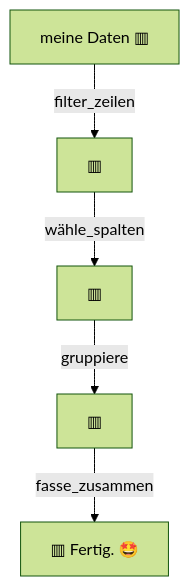
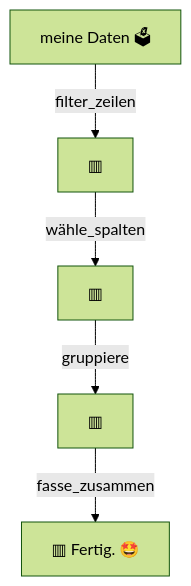
Before and after one commit to sebastiansauer/statistik1: the second of 2 diagrams in aufbereiten.qmd, drawn with Mermaid (forest theme). The commit also changed other lines of this file and 285 other files, not shown here.

````diff
--- a/aufbereiten.qmd
+++ b/aufbereiten.qmd
@@ -762,11 +792,11 @@
 ```{mermaid}
 %%| fig-cap: Illustration für eine Pfeifensequenz
 %%| label: fig-pfeife
 %%| out-width: "100%"
 flowchart TD
-  A["meine Daten #9637;"] --filter_zeilen-->B["#9637;"] 
-  B --wähle_spalten--> C["#9637;"]
-  C --gruppiere--> D["#9637;"]
-  D --fasse_zusammen--> E["#9637; Fertig. #129321;"]
+  A["meine Daten 🗳"] --filter_zeilen-->B["▥"] 
+  B --wähle_spalten--> C["▥"]
+  C --gruppiere--> D["▥"]
+  D --fasse_zusammen--> E["▥ Fertig. 🤩"]
 
 ```
````
